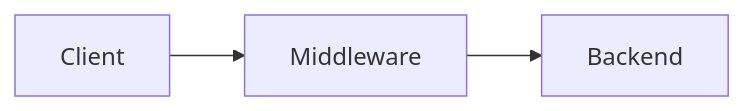
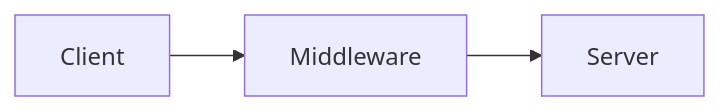
Before and after one commit to basshbj/websockets-test: the first of 2 diagrams in README.md, drawn with Mermaid. The commit also changed other lines of this file and 5 other files, not shown here.

````diff
--- a/README.md
+++ b/README.md
@@ -8,6 +8,10 @@
 ```mermaid
 graph LR
-  Client --> Middleware
-  Middleware --> Backend
+  A[Client]
+  B[Middleware]
+  C[Server]
+
+  A --> B
+  B --> C
 
 ```
````
